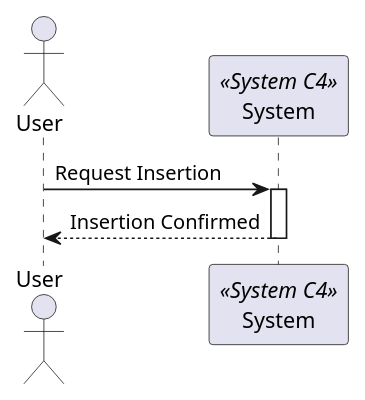
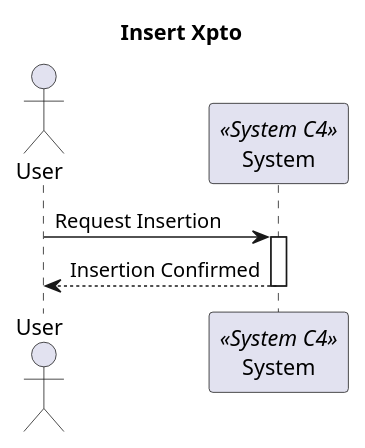
One commit to BernasDzn/portit changed the diagram in docs/sprint_1/global_artifacts/arquitecture/level_1/process_views/l1_process_view_post.puml. Above: the diagram before and after it, drawn with PlantUML. The commit also changed 27 other files, not shown here.

```diff
--- a/docs/sprint_1/global_artifacts/arquitecture/level_1/process_views/l1_process_view_post.puml
+++ b/docs/sprint_1/global_artifacts/arquitecture/level_1/process_views/l1_process_view_post.puml
@@ -1,11 +1,13 @@
 @startuml processview_n1
 Actor "User" as user
 Participant "System" as System <<System C4>>
+
+title Insert Xpto
 
 user -> System: Request Insertion
 activate System
     
     user <-- System: Insertion Confirmed
 deactivate System
 
 @enduml
```
